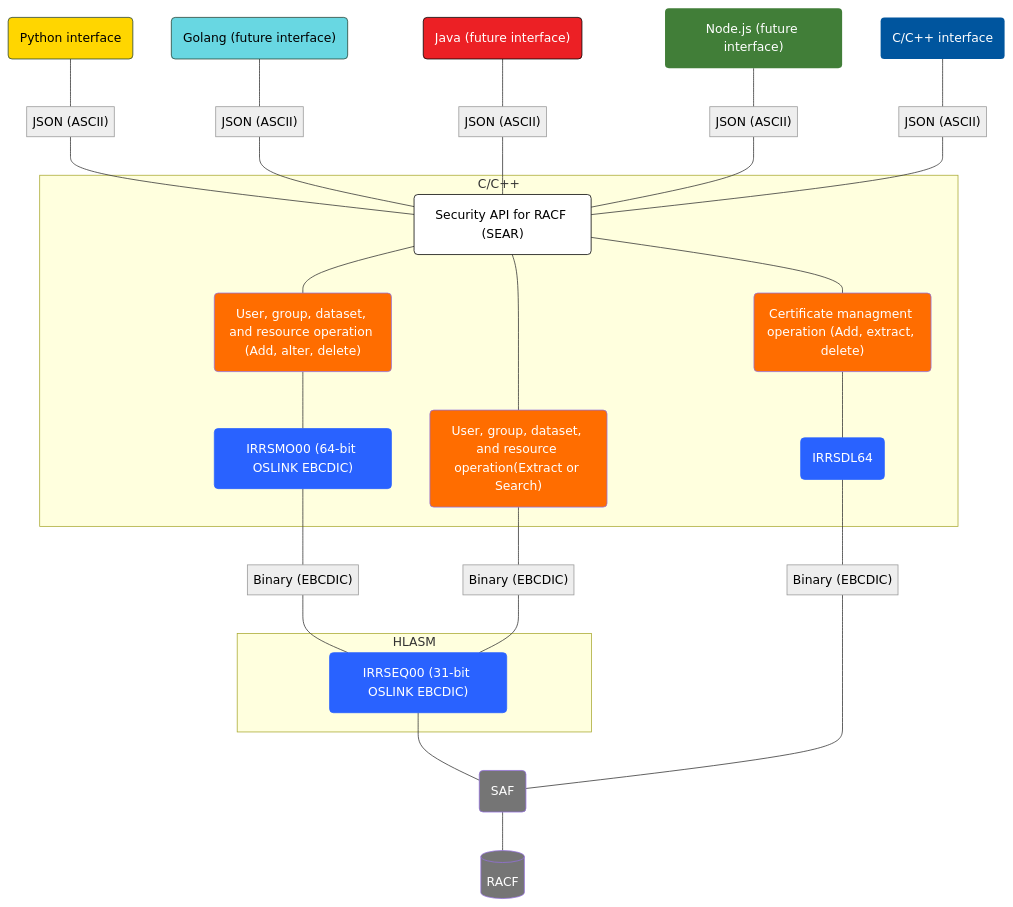
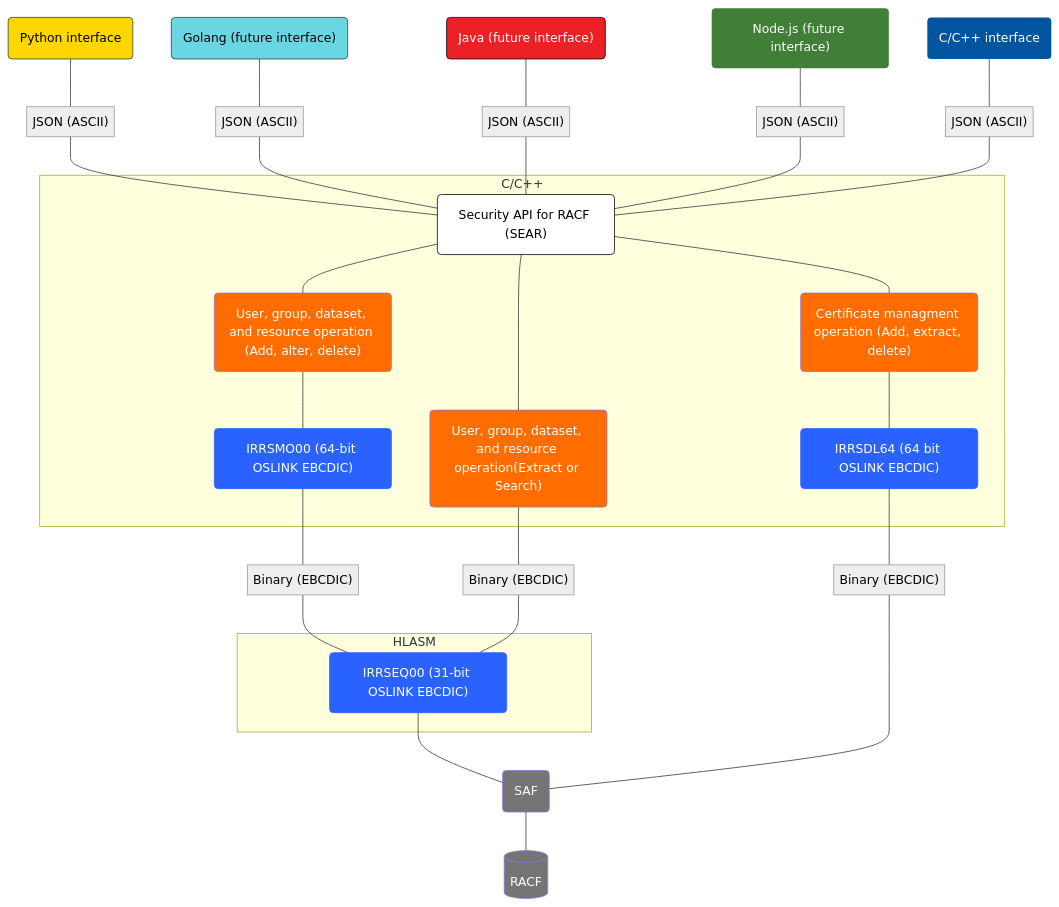
The diagram in index.md (Mainframe-Renewal-Project/sear-docs), drawn with Mermaid before and after one commit.

Commit message:
Updated architecture diagram

```diff
--- a/index.md
+++ b/index.md
@@ -102,7 +102,7 @@
         n1["Security API for RACF (SEAR)"]
         n2@{ label: "<span style=\"padding-left:\">IRRSMO00 (64-bit OSLINK EBCDIC)</span>" }
         n5["User, group, dataset, and resource operation (Add, alter, delete)"]
-        n11["IRRSDL64"]
+        n11["IRRSDL64 (64 bit OSLINK EBCDIC)"]
         n12["Certificate managment operation (Add, extract, delete)"]
         n7@{ label: "<span style=\"padding-left:\">User, group, dataset, and resource operation</span>(Extract or Search)" }
   end
@@ -204,4 +204,5 @@
     classDef Class_08 fill:#FFFFFF, color:#000000, stroke:#000000
     classDef Class_09 fill:#00559e, stroke:transparent, color:#FFFFFF
 
+
 </pre>
```
